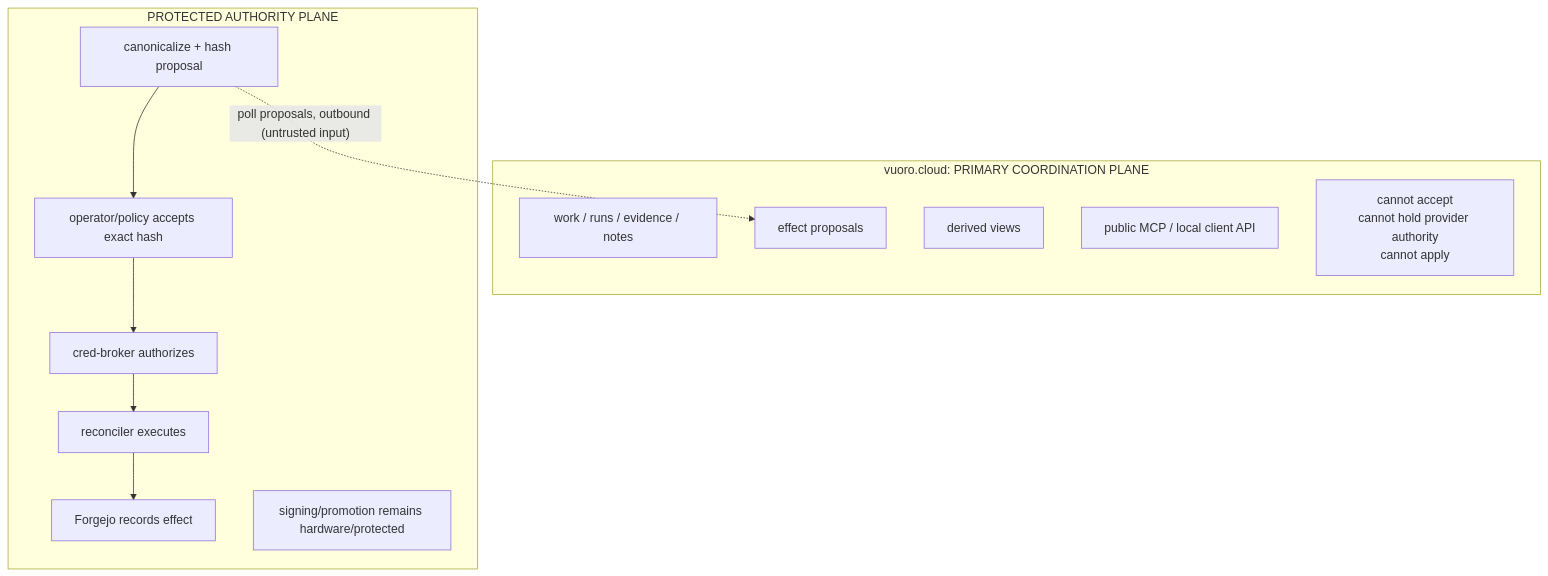
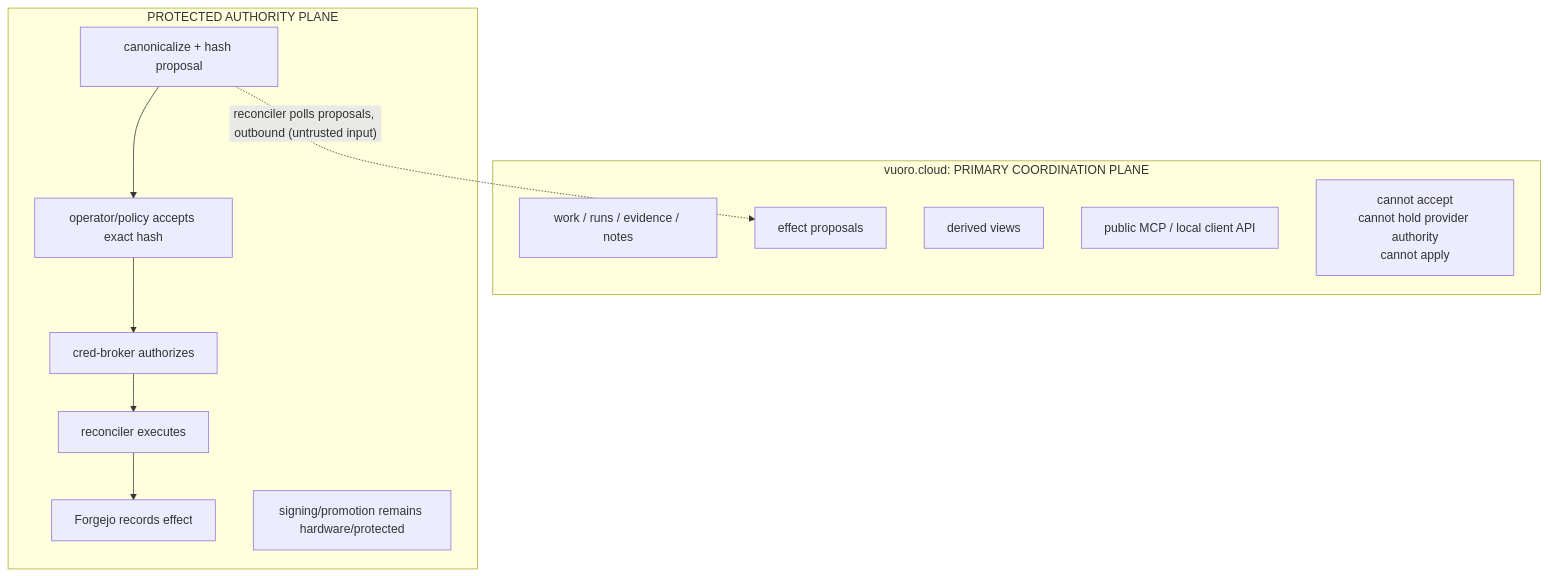
Before and after one commit to bayleafwalker/agentops: the second of 2 diagrams in docs/architecture/2026-09-27-agentic-ecosystem-and-split-horizon.md, drawn with Mermaid. The commit also changed other lines of this file, not shown here.

First line of the commit message:
docs(architecture): address independent review of the adopted-direction revision

````diff
--- a/docs/architecture/2026-09-27-agentic-ecosystem-and-split-horizon.md
+++ b/docs/architecture/2026-09-27-agentic-ecosystem-and-split-horizon.md
@@ -229,20 +231,20 @@
 ```mermaid
 flowchart TB
   subgraph CP["vuoro.cloud: PRIMARY COORDINATION PLANE"]
     C1[work / runs / evidence / notes]
     C2[effect proposals]
     C3[derived views]
     C4[public MCP / local client API]
     CX["cannot accept<br/>cannot hold provider authority<br/>cannot apply"]
   end
 
   subgraph AP["PROTECTED AUTHORITY PLANE"]
     P1[canonicalize + hash proposal] --> P2[operator/policy accepts exact hash]
     P2 --> P3[cred-broker authorizes]
     P3 --> P4[reconciler executes]
     P4 --> P5[Forgejo records effect]
     P6[signing/promotion remains hardware/protected]
   end
 
-  P1 -. "poll proposals, outbound (untrusted input)" .-> C2
+  P1 -. "reconciler polls proposals, outbound (untrusted input)" .-> C2
 ```
````
